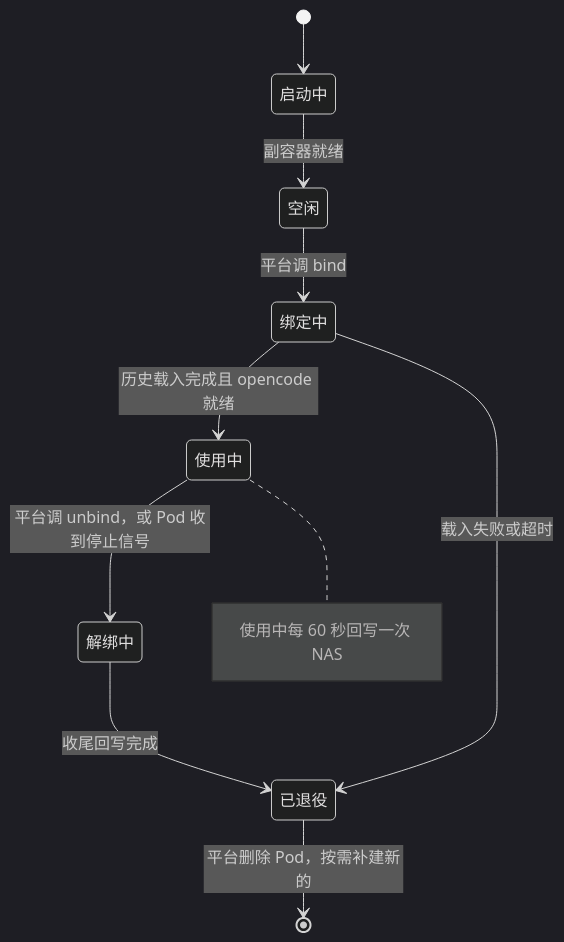
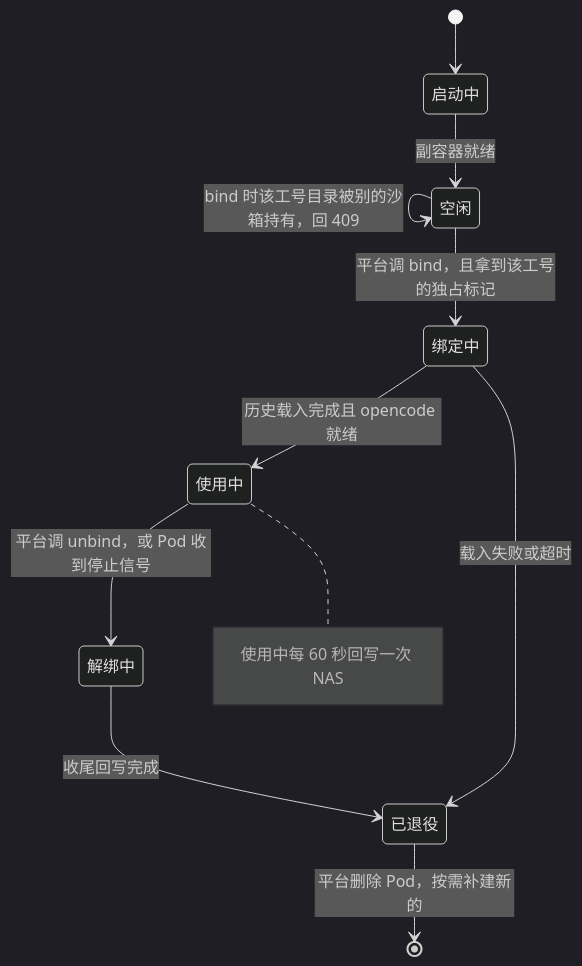
One commit to sqlrush/gh_agent_k8s changed the third of 5 diagrams in docs/specs/2026-10-13-sandbox-pool-design.md. Above: the diagram before and after it, drawn with Mermaid (dark theme). The commit also changed other lines of this file, not shown here.

````diff
--- a/docs/specs/2026-10-13-sandbox-pool-design.md
+++ b/docs/specs/2026-10-13-sandbox-pool-design.md
@@ -270,18 +289,19 @@
 ```mermaid
 stateDiagram-v2
     state "启动中" as Starting
     state "空闲" as Idle
     state "绑定中" as Binding
     state "使用中" as Bound
     state "解绑中" as Unbinding
     state "已退役" as Retired
     [*] --> Starting
     Starting --> Idle: 副容器就绪
-    Idle --> Binding: 平台调 bind
+    Idle --> Idle: bind 时该工号目录被别的沙箱持有，回 409
+    Idle --> Binding: 平台调 bind，且拿到该工号的独占标记
     Binding --> Bound: 历史载入完成且 opencode 就绪
     Binding --> Retired: 载入失败或超时
     Bound --> Unbinding: 平台调 unbind，或 Pod 收到停止信号
     note right of Bound: 使用中每 60 秒回写一次 NAS
     Unbinding --> Retired: 收尾回写完成
     Retired --> [*]: 平台删除 Pod，按需补建新的
 ```
````
